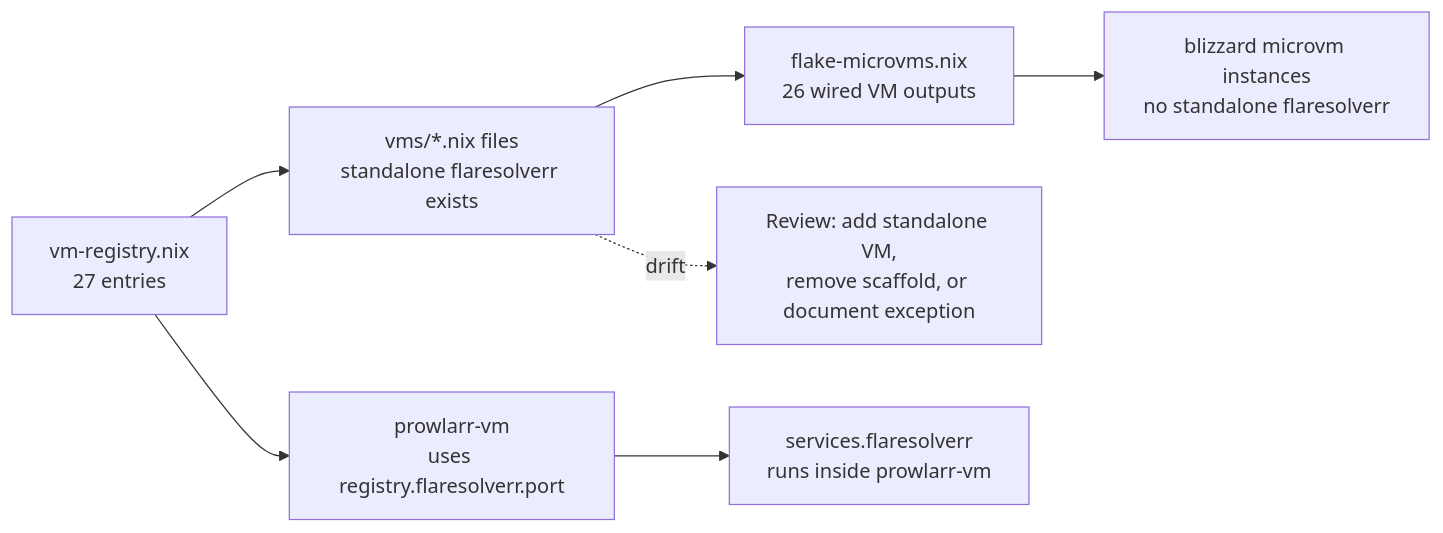
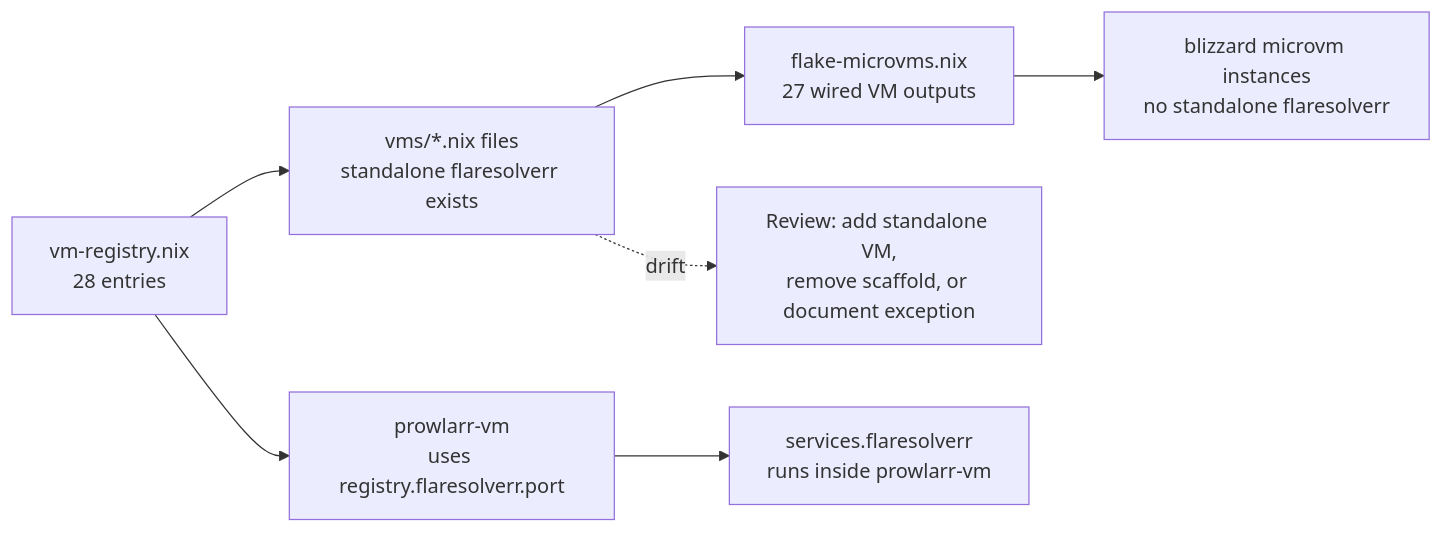
Before and after one commit to telometto/nix-config: the second of 3 diagrams in docs/architecture-risks-and-improvements.md, drawn with Mermaid. The commit also changed other lines of this file, not shown here.

Commit message:
📝 docs(architecture): update last reviewed date and correct VM output counts

````diff
--- a/docs/architecture-risks-and-improvements.md
+++ b/docs/architecture-risks-and-improvements.md
@@ -88,9 +88,9 @@
 ```mermaid
 flowchart LR
-    R["vm-registry.nix\n27 entries"] --> F["vms/*.nix files\nstandalone flaresolverr exists"]
-    F --> O["flake-microvms.nix\n26 wired VM outputs"]
+    R["vm-registry.nix\n28 entries"] --> F["vms/*.nix files\nstandalone flaresolverr exists"]
+    F --> O["flake-microvms.nix\n27 wired VM outputs"]
     O --> H["blizzard microvm instances\nno standalone flaresolverr"]
     R --> P["prowlarr-vm\nuses registry.flaresolverr.port"]
     P --> S["services.flaresolverr\nruns inside prowlarr-vm"]
     F -. drift .-> D["Review: add standalone VM,\nremove scaffold, or document exception"]
 ```
````
